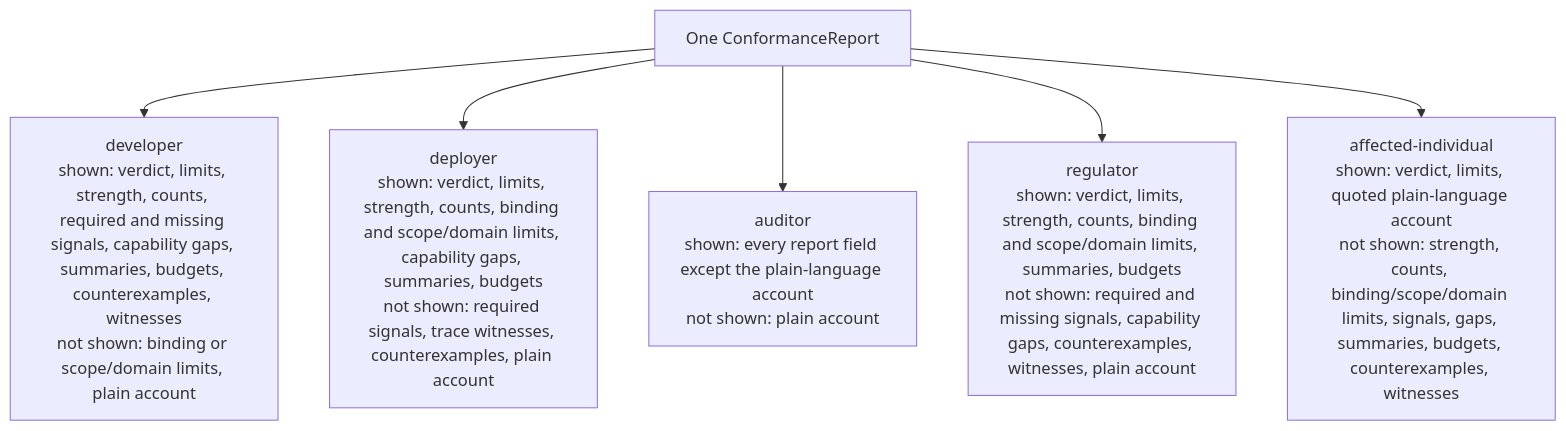
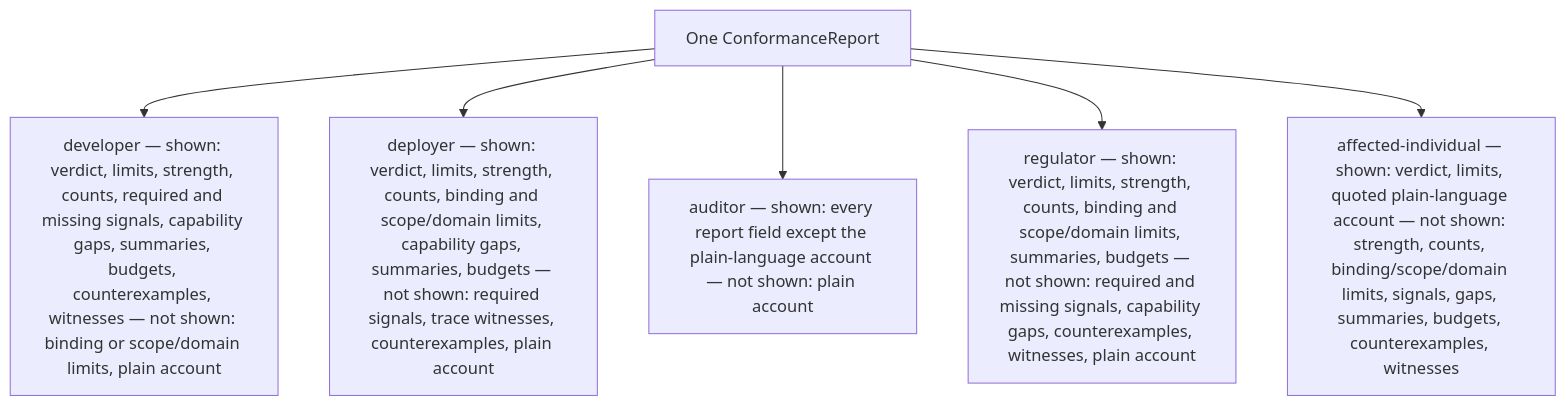
One commit to SandroHub013/reasonsmith changed the second of 2 diagrams in docs/semantics.md. Above: the diagram before and after it, drawn with Mermaid. The commit also changed other lines of this file and 9 other files, not shown here.

Commit message:
Fix Mermaid diagram legibility (#166)

````diff
--- a/docs/semantics.md
+++ b/docs/semantics.md
@@ -1935,14 +1935,14 @@
 ```mermaid
 flowchart TB
     report["One ConformanceReport"]
     report --> developer
     report --> deployer
     report --> auditor
     report --> regulator
     report --> affected
-    developer["developer<br/>shown: verdict, limits, strength, counts, required and missing signals, capability gaps, summaries, budgets, counterexamples, witnesses<br/>not shown: binding or scope/domain limits, plain account"]
-    deployer["deployer<br/>shown: verdict, limits, strength, counts, binding and scope/domain limits, capability gaps, summaries, budgets<br/>not shown: required signals, trace witnesses, counterexamples, plain account"]
-    auditor["auditor<br/>shown: every report field except the plain-language account<br/>not shown: plain account"]
-    regulator["regulator<br/>shown: verdict, limits, strength, counts, binding and scope/domain limits, summaries, budgets<br/>not shown: required and missing signals, capability gaps, counterexamples, witnesses, plain account"]
-    affected["affected-individual<br/>shown: verdict, limits, quoted plain-language account<br/>not shown: strength, counts, binding/scope/domain limits, signals, gaps, summaries, budgets, counterexamples, witnesses"]
+    developer["developer — shown: verdict, limits, strength, counts, required and missing signals, capability gaps, summaries, budgets, counterexamples, witnesses — not shown: binding or scope/domain limits, plain account"]
+    deployer["deployer — shown: verdict, limits, strength, counts, binding and scope/domain limits, capability gaps, summaries, budgets — not shown: required signals, trace witnesses, counterexamples, plain account"]
+    auditor["auditor — shown: every report field except the plain-language account — not shown: plain account"]
+    regulator["regulator — shown: verdict, limits, strength, counts, binding and scope/domain limits, summaries, budgets — not shown: required and missing signals, capability gaps, counterexamples, witnesses, plain account"]
+    affected["affected-individual — shown: verdict, limits, quoted plain-language account — not shown: strength, counts, binding/scope/domain limits, signals, gaps, summaries, budgets, counterexamples, witnesses"]
 ```
````
